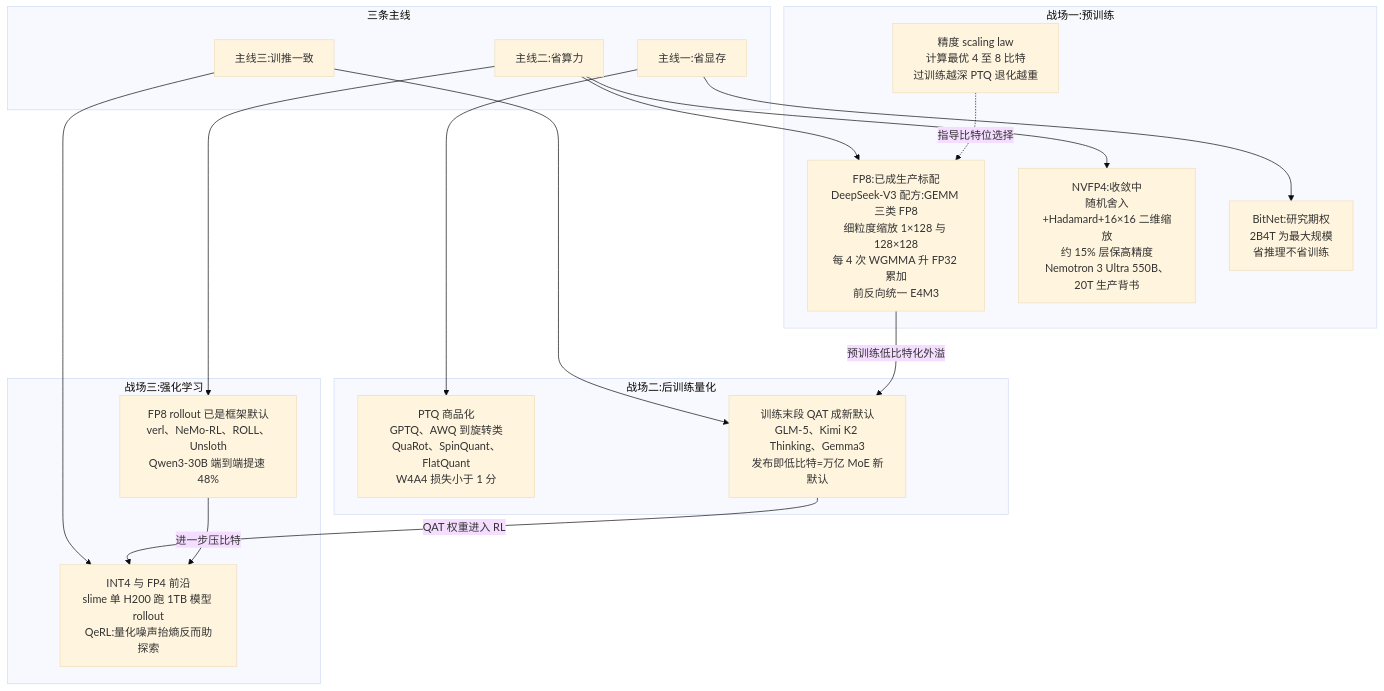
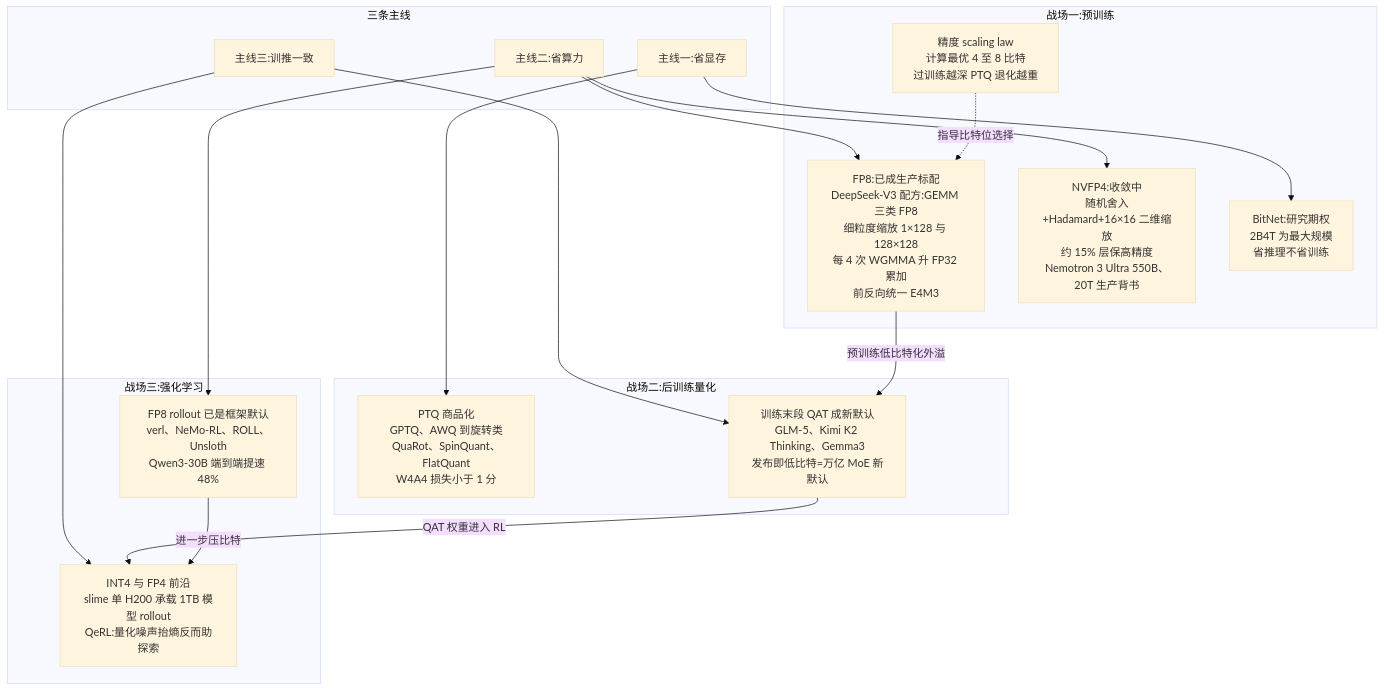
Before and after one commit to lloo099/mission44: the first of 5 diagrams in docs/blog/dispatch-27-low-bit-training.md, drawn with Mermaid (base theme). The commit also changed other lines of this file and 24 other files, not shown here.

Commit message:
全站文风统一:29 篇按'专业简洁、去口语化'标准批量修订 — 确定性替换 100 处(崩法→失稳模式/洼地→空白领域/占坑→公开工作/黑箱→未公开/datatype 动物园→谱系/押注→投入/护城河→竞争壁垒 等)+ 8 个编辑 agent 分批逐句精修(D24 单篇 38 处;两轮均遇用量上限中断后续跑完成)+ blog.json 摘要 6 处 + 综述残留 2 处. 术语全站一致化; 29 文件 mermaid 全验证 0 errors; 快照页同步重建

````diff
--- a/docs/blog/dispatch-27-low-bit-training.md
+++ b/docs/blog/dispatch-27-low-bit-training.md
@@ -23,33 +23,33 @@
 ```mermaid
 flowchart TB
     subgraph LINES ["三条主线"]
         L1["主线一:省显存"]
         L2["主线二:省算力"]
         L3["主线三:训推一致"]
     end
     subgraph PRE ["战场一:预训练"]
         P1["FP8:已成生产标配<br/>DeepSeek-V3 配方:GEMM 三类 FP8<br/>细粒度缩放 1×128 与 128×128<br/>每 4 次 WGMMA 升 FP32 累加<br/>前反向统一 E4M3"]
         P2["NVFP4:收敛中<br/>随机舍入+Hadamard+16×16 二维缩放<br/>约 15% 层保高精度<br/>Nemotron 3 Ultra 550B、20T 生产背书"]
         P3["BitNet:研究期权<br/>2B4T 为最大规模<br/>省推理不省训练"]
         P4["精度 scaling law<br/>计算最优 4 至 8 比特<br/>过训练越深 PTQ 退化越重"]
     end
     subgraph POST ["战场二:后训练量化"]
         Q1["PTQ 商品化<br/>GPTQ、AWQ 到旋转类<br/>QuaRot、SpinQuant、FlatQuant<br/>W4A4 损失小于 1 分"]
         Q2["训练末段 QAT 成新默认<br/>GLM-5、Kimi K2 Thinking、Gemma3<br/>发布即低比特=万亿 MoE 新默认"]
     end
     subgraph RL ["战场三:强化学习"]
         R1["FP8 rollout 已是框架默认<br/>verl、NeMo-RL、ROLL、Unsloth<br/>Qwen3-30B 端到端提速 48%"]
-        R2["INT4 与 FP4 前沿<br/>slime 单 H200 跑 1TB 模型 rollout<br/>QeRL:量化噪声抬熵反而助探索"]
+        R2["INT4 与 FP4 前沿<br/>slime 单 H200 承载 1TB 模型 rollout<br/>QeRL:量化噪声抬熵反而助探索"]
     end
     L2 --> P1
     L2 --> P2
     L1 --> P3
     P4 -. "指导比特位选择" .-> P1
     L1 --> Q1
     L3 --> Q2
     L2 --> R1
     L3 --> R2
     P1 -->|"预训练低比特化外溢"| Q2
     Q2 -->|"QAT 权重进入 RL"| R2
     R1 -->|"进一步压比特"| R2
 ```
````
